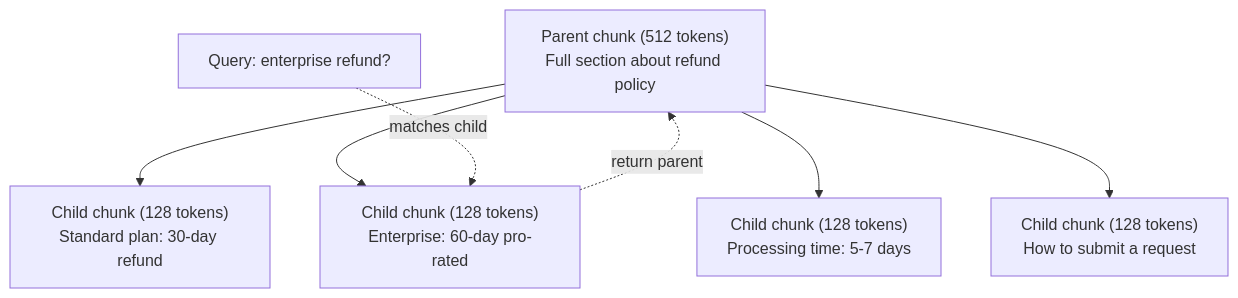
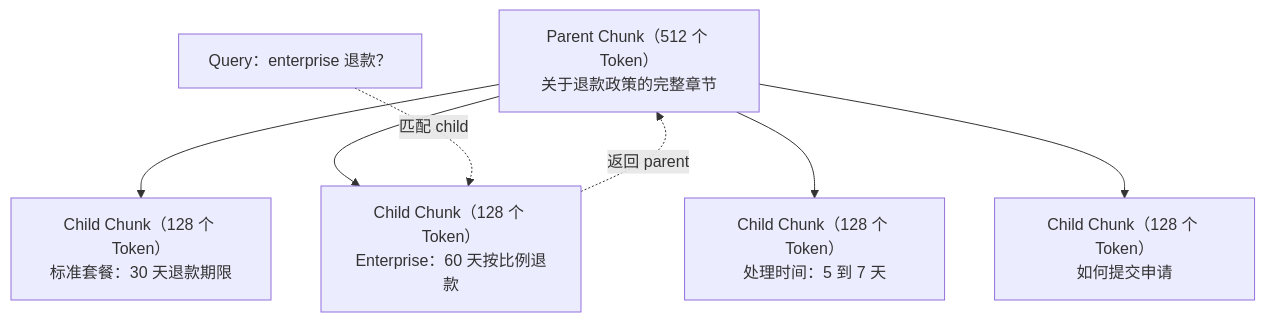
One commit to cluster1900/ai-engineering-from-scratch-zh changed the second of 3 diagrams in phases/11-llm-engineering/07-advanced-rag/docs/en.md. Above: the diagram before and after it, drawn with Mermaid. The commit also changed other lines of this file and 1 other file, not shown here.

````diff
--- a/phases/11-llm-engineering/07-advanced-rag/docs/en.md
+++ b/phases/11-llm-engineering/07-advanced-rag/docs/en.md
@@ -124,16 +123,16 @@
 ```mermaid
 graph TD
-    P["Parent chunk (512 tokens)<br/>Full section about refund policy"]
-    C1["Child chunk (128 tokens)<br/>Standard plan: 30-day refund"]
-    C2["Child chunk (128 tokens)<br/>Enterprise: 60-day pro-rated"]
-    C3["Child chunk (128 tokens)<br/>Processing time: 5-7 days"]
-    C4["Child chunk (128 tokens)<br/>How to submit a request"]
+    P["Parent Chunk（512 个 Token）<br/>关于退款政策的完整章节"]
+    C1["Child Chunk（128 个 Token）<br/>标准套餐：30 天退款期限"]
+    C2["Child Chunk（128 个 Token）<br/>Enterprise：60 天按比例退款"]
+    C3["Child Chunk（128 个 Token）<br/>处理时间：5 到 7 天"]
+    C4["Child Chunk（128 个 Token）<br/>如何提交申请"]
 
     P --> C1
     P --> C2
     P --> C3
     P --> C4
 
-    Q["Query: enterprise refund?"] -.->|"matches child"| C2
-    C2 -.->|"return parent"| P
+    Q["Query：enterprise 退款？"] -.->|"匹配 child"| C2
+    C2 -.->|"返回 parent"| P
 ```
````
